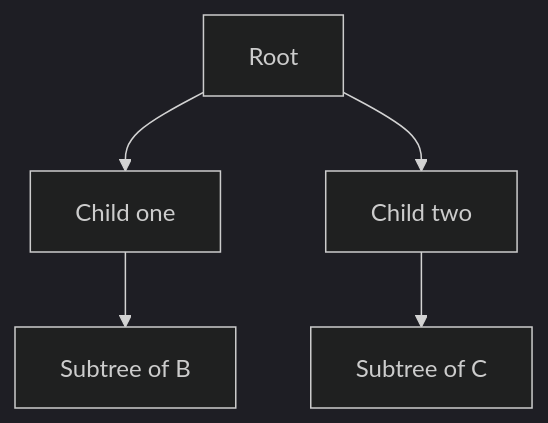
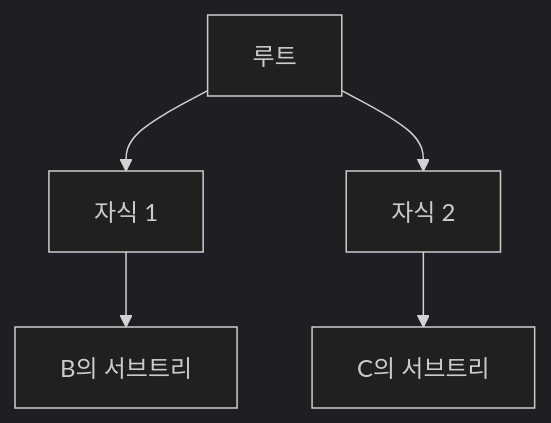
The first of 5 diagrams in _posts/algorithm/2026-03-07-tree.md (mandoobox/mandoobox.github.io), drawn with Mermaid (dark theme) before and after one commit. The commit also changed 24 other files, not shown here.

Commit message:
feat: mermaid kr

````diff
--- a/_posts/algorithm/2026-03-07-tree.md
+++ b/_posts/algorithm/2026-03-07-tree.md
@@ -98,7 +98,7 @@
 ```mermaid
 flowchart TD
-    A["Root"] --> B["Child one"]
-    A --> C["Child two"]
-    B --> D["Subtree of B"]
-    C --> E["Subtree of C"]
+    A["루트"] --> B["자식 1"]
+    A --> C["자식 2"]
+    B --> D["B의 서브트리"]
+    C --> E["C의 서브트리"]
 ```
````
